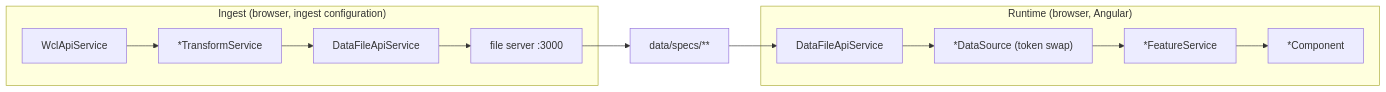
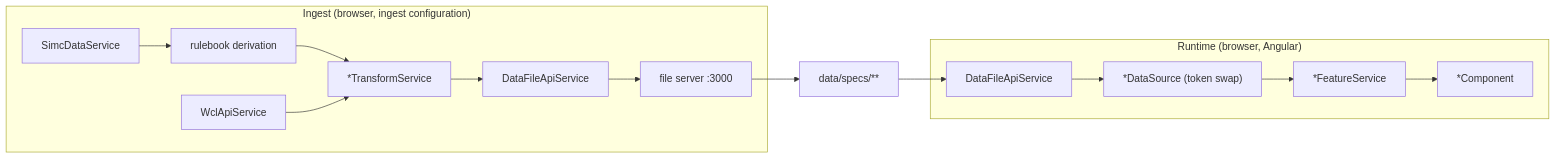
Before and after one commit to gpolcode/warcraft-learner: the diagram in CLAUDE.md, drawn with Mermaid. The commit also changed other lines of this file and 34 other files, not shown here.

````diff
--- a/CLAUDE.md
+++ b/CLAUDE.md
@@ -17,11 +17,12 @@
 ```mermaid
 flowchart LR
   subgraph ingest ["Ingest (browser, ingest configuration)"]
+    simc[SimcDataService] --> rulebook["rulebook derivation"] --> transform
     wcl[WclApiService] --> transform["*TransformService"] --> ingestFiles[DataFileApiService] --> server["file server :3000"]
   end
   server --> specs["data/specs/**"]
   subgraph runtime ["Runtime (browser, Angular)"]
     runtimeFiles[DataFileApiService] --> source["*DataSource (token swap)"] --> feature["*FeatureService"] --> component["*Component"]
   end
   specs --> runtimeFiles
 ```
````
